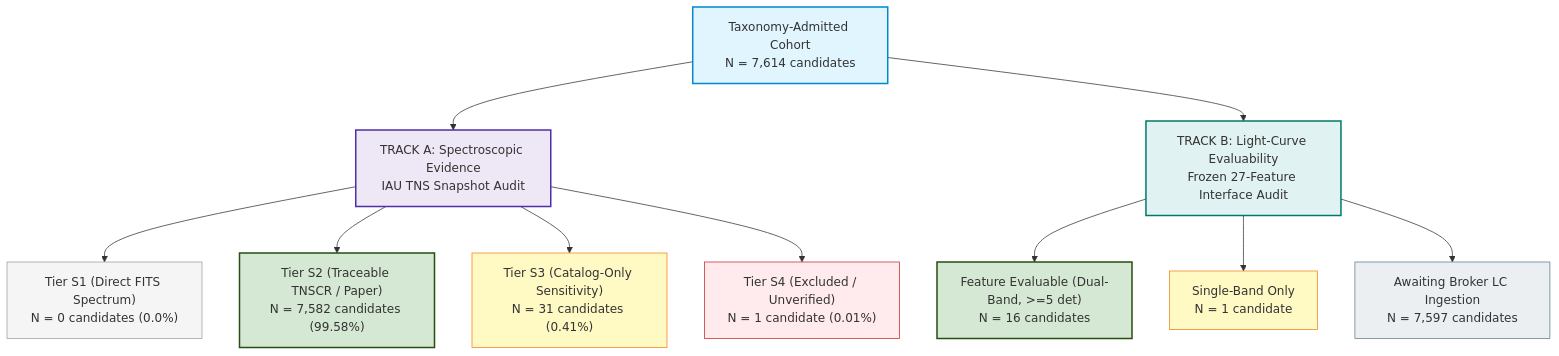
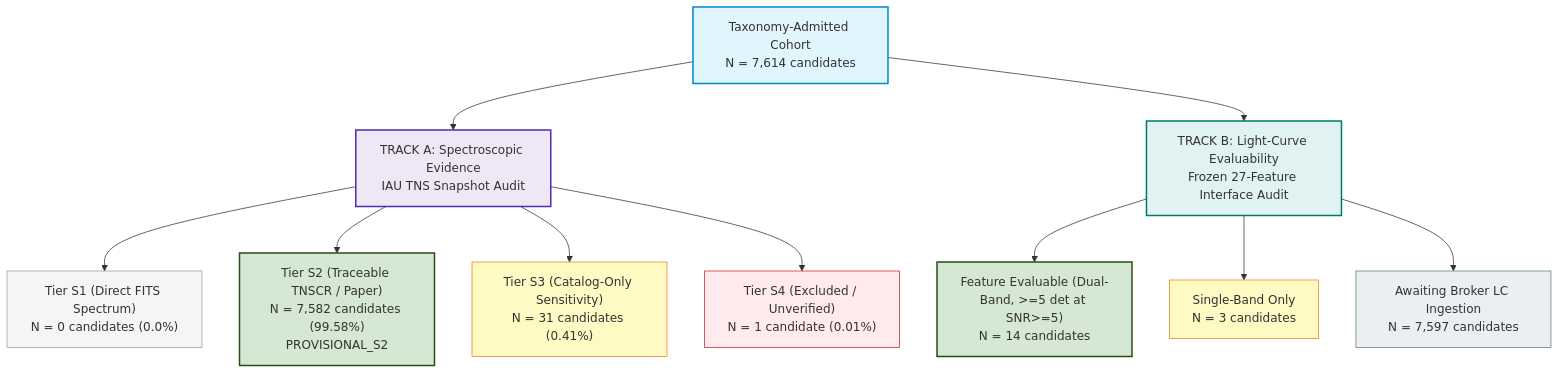
The diagram in experiments/gate4a2_evidence_and_feature_eligibility/feature_eligibility_report.md (TEKURU-ZENO/ASTRAEUS), drawn with Mermaid before and after one commit. The commit also changed other lines of this file and 8 other files, not shown here.

````diff
--- a/experiments/gate4a2_evidence_and_feature_eligibility/feature_eligibility_report.md
+++ b/experiments/gate4a2_evidence_and_feature_eligibility/feature_eligibility_report.md
@@ -34,25 +34,25 @@
 ```mermaid
 flowchart TD
     ADMIT["Taxonomy-Admitted Cohort<br/>N = 7,614 candidates"] --> TA["TRACK A: Spectroscopic Evidence<br/>IAU TNS Snapshot Audit"]
     ADMIT --> TB["TRACK B: Light-Curve Evaluability<br/>Frozen 27-Feature Interface Audit"]
     
     TA --> S1["Tier S1 (Direct FITS Spectrum)<br/>N = 0 candidates (0.0%)"]
-    TA --> S2["Tier S2 (Traceable TNSCR / Paper)<br/>N = 7,582 candidates (99.58%)"]
+    TA --> S2["Tier S2 (Traceable TNSCR / Paper)<br/>N = 7,582 candidates (99.58%)<br/>PROVISIONAL_S2"]
     TA --> S3["Tier S3 (Catalog-Only Sensitivity)<br/>N = 31 candidates (0.41%)"]
     TA --> S4["Tier S4 (Excluded / Unverified)<br/>N = 1 candidate (0.01%)"]
     
-    TB --> EVAL["Feature Evaluable (Dual-Band, >=5 det)<br/>N = 16 candidates"]
-    TB --> SBO["Single-Band Only<br/>N = 1 candidate"]
+    TB --> EVAL["Feature Evaluable (Dual-Band, >=5 det at SNR>=5)<br/>N = 14 candidates"]
+    TB --> SBO["Single-Band Only<br/>N = 3 candidates"]
     TB --> AWAIT["Awaiting Broker LC Ingestion<br/>N = 7,597 candidates"]
     
     style ADMIT fill:#e1f5fe,stroke:#0288d1,stroke-width:2px
     style TA fill:#ede7f6,stroke:#512da8,stroke-width:2px
     style TB fill:#e0f2f1,stroke:#00796b,stroke-width:2px
     style S2 fill:#d5e8d4,stroke:#274e13,stroke-width:2px
     style S3 fill:#fff9c4,stroke:#f57f17
     style S4 fill:#ffebee,stroke:#c62828
     style S1 fill:#f5f5f5,stroke:#9e9e9e
     style EVAL fill:#d5e8d4,stroke:#274e13,stroke-width:2px
     style SBO fill:#fff9c4,stroke:#f57f17
     style AWAIT fill:#eceff1,stroke:#607d8b
 ```
````
